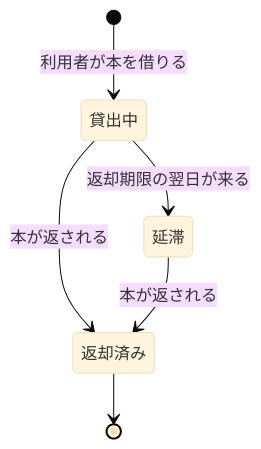
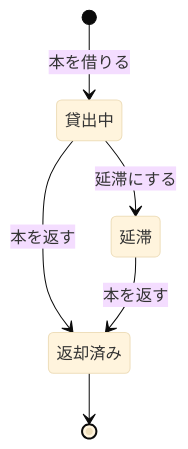
Before and after one commit to nakamori-naoya/domain-modeling-plugins: the diagram in tests/fixtures/library-lending/domain-rule.md, drawn with Mermaid (base theme). The commit also changed other lines of this file and 8 other files, not shown here.

````diff
--- a/tests/fixtures/library-lending/domain-rule.md
+++ b/tests/fixtures/library-lending/domain-rule.md
@@ -84,8 +105,8 @@
 ```mermaid
 stateDiagram-v2
-    [*] --> 貸出中: 利用者が本を借りる
-    貸出中 --> 延滞: 返却期限の翌日が来る
-    貸出中 --> 返却済み: 本が返される
-    延滞 --> 返却済み: 本が返される
+    [*] --> 貸出中: 本を借りる
+    貸出中 --> 延滞: 延滞にする
+    貸出中 --> 返却済み: 本を返す
+    延滞 --> 返却済み: 本を返す
     返却済み --> [*]
 ```
````
